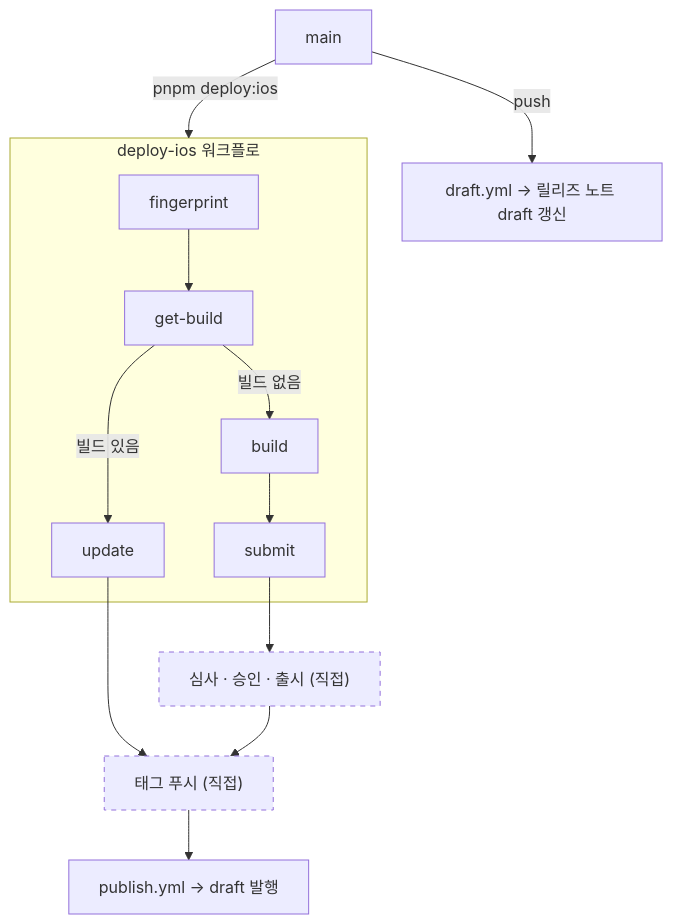
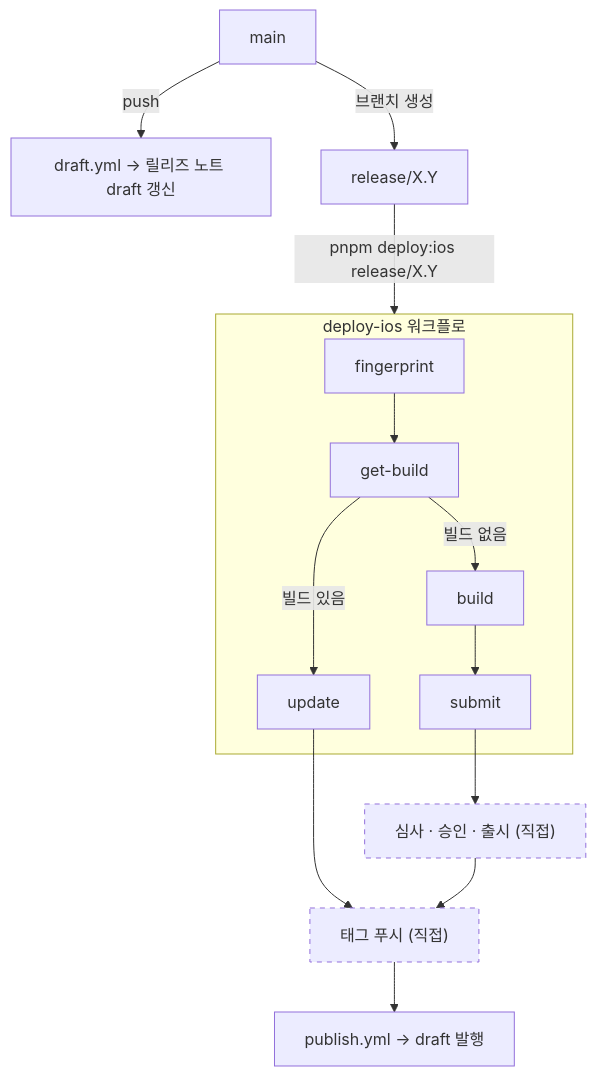
The diagram in .claude/docs/release-flow.md (Bori-github/tadaktadak), drawn with Mermaid before and after one commit. The commit also changed other lines of this file and 8 other files, not shown here.

````diff
--- a/.claude/docs/release-flow.md
+++ b/.claude/docs/release-flow.md
@@ -7,18 +15,19 @@
 ```mermaid
 flowchart TD
     M["main"] -->|push| D["draft.yml → 릴리즈 노트 draft 갱신"]
-    M -->|"pnpm deploy:ios"| E
+    M -->|"브랜치 생성"| RB["release/X.Y"]
+    RB -->|"pnpm deploy:ios release/X.Y"| E
 
     subgraph E["deploy-ios 워크플로"]
         F["fingerprint"] --> G["get-build"]
         G -->|"빌드 있음"| U["update"]
         G -->|"빌드 없음"| B["build"] --> S["submit"]
     end
 
     U --> T["태그 푸시 (직접)"]
     S --> R["심사 · 승인 · 출시 (직접)"] --> T
     T --> P["publish.yml → draft 발행"]
 
     style T stroke-dasharray: 5 5
     style R stroke-dasharray: 5 5
 ```
````
